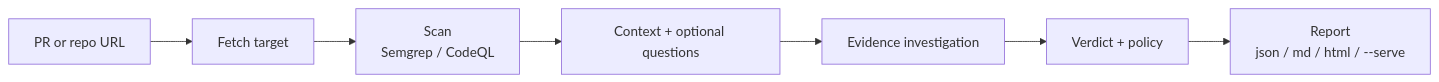
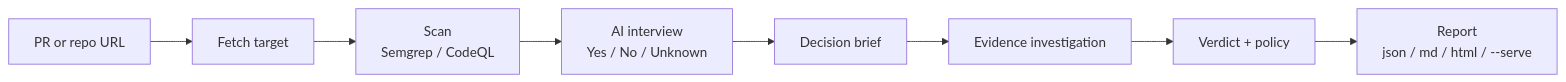
Before and after one commit to prasannasalunkhe18/ThreatLens: the second of 2 diagrams in README.md, drawn with Mermaid. The commit also changed other lines of this file and 5 other files, not shown here.

Commit message:
Document evidence triage, AI interview, and demo safe serve for interview prep.

````diff
--- a/README.md
+++ b/README.md
@@ -90,9 +102,10 @@
 ```mermaid
 flowchart LR
     A[PR or repo URL] --> B[Fetch target]
     B --> C[Scan<br/>Semgrep / CodeQL]
-    C --> D[Context + optional questions]
-    D --> E[Evidence investigation]
-    E --> F[Verdict + policy]
-    F --> G[Report<br/>json / md / html / --serve]
+    C --> D[AI interview<br/>Yes / No / Unknown]
+    D --> E[Decision brief]
+    E --> F[Evidence investigation]
+    F --> G[Verdict + policy]
+    G --> H[Report<br/>json / md / html / --serve]
 ```
````
